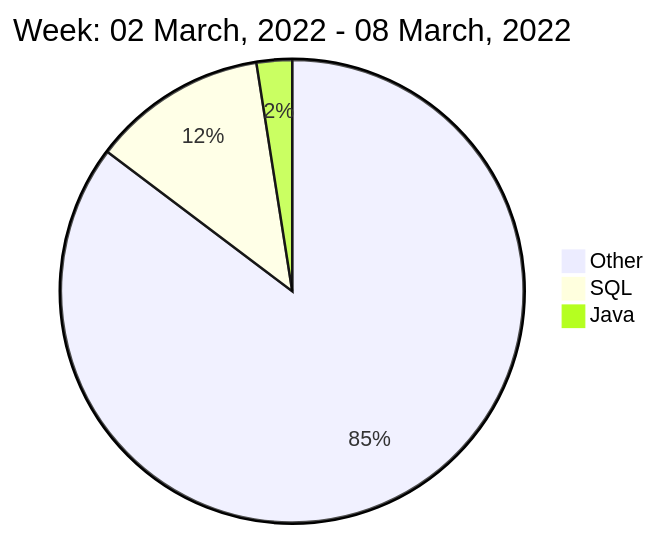
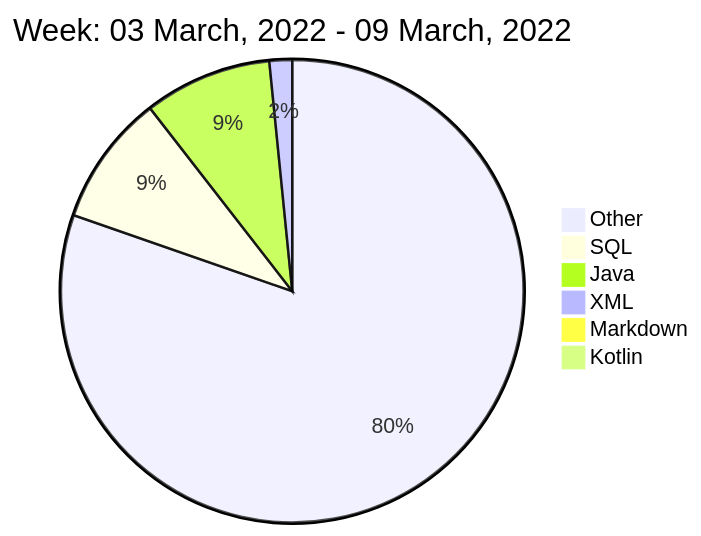
The diagram in README.md (liubin95/liubin95), drawn with Mermaid before and after one commit.

Commit message:
Updated the Graph with new Metrics

````diff
--- a/README.md
+++ b/README.md
@@ -42,7 +42,10 @@
 ```mermaid
  pie
-title Week: 02 March, 2022 - 08 March, 2022
- "Other" : 24.75
- "SQL" : 3.55
- "Java" : 0.72
+title Week: 03 March, 2022 - 09 March, 2022
+ "Other" : 24.3
+ "SQL" : 2.77
+ "Java" : 2.7
+ "XML" : 0.48
+ "Markdown" : 0.03
+ "Kotlin" : 0.02
 ```
````
